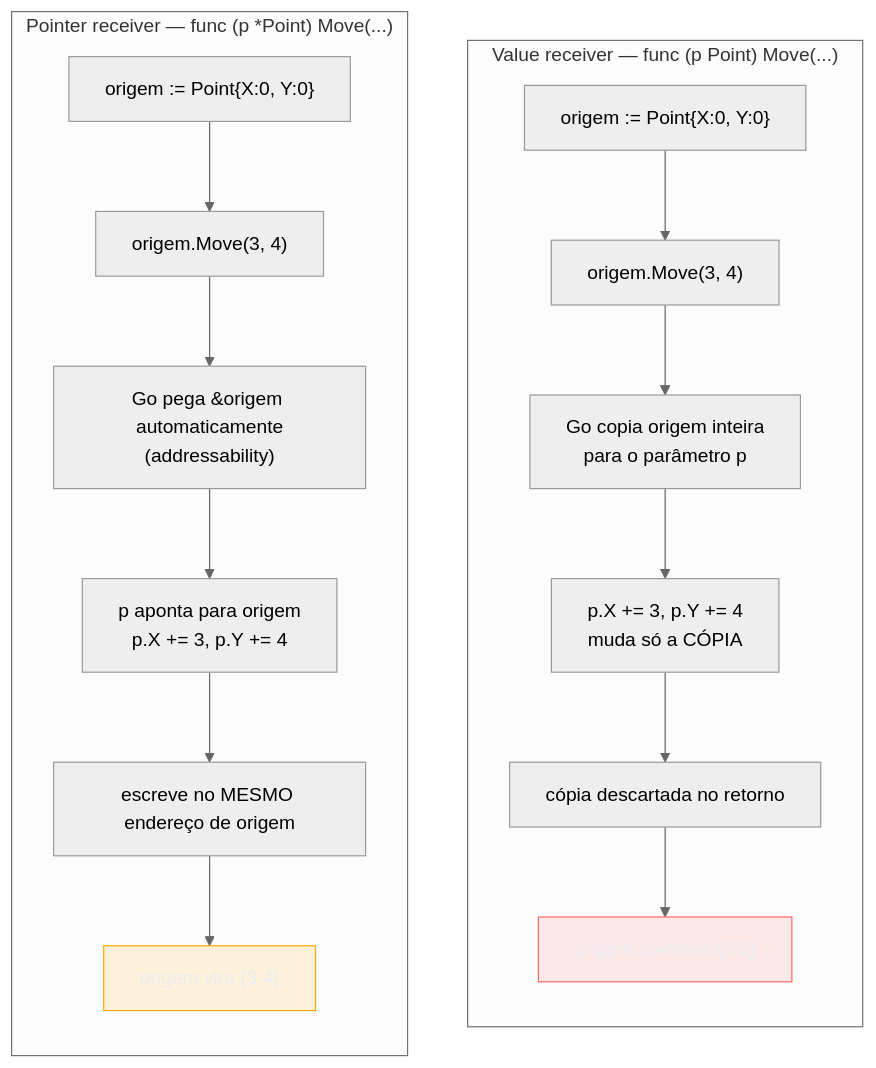
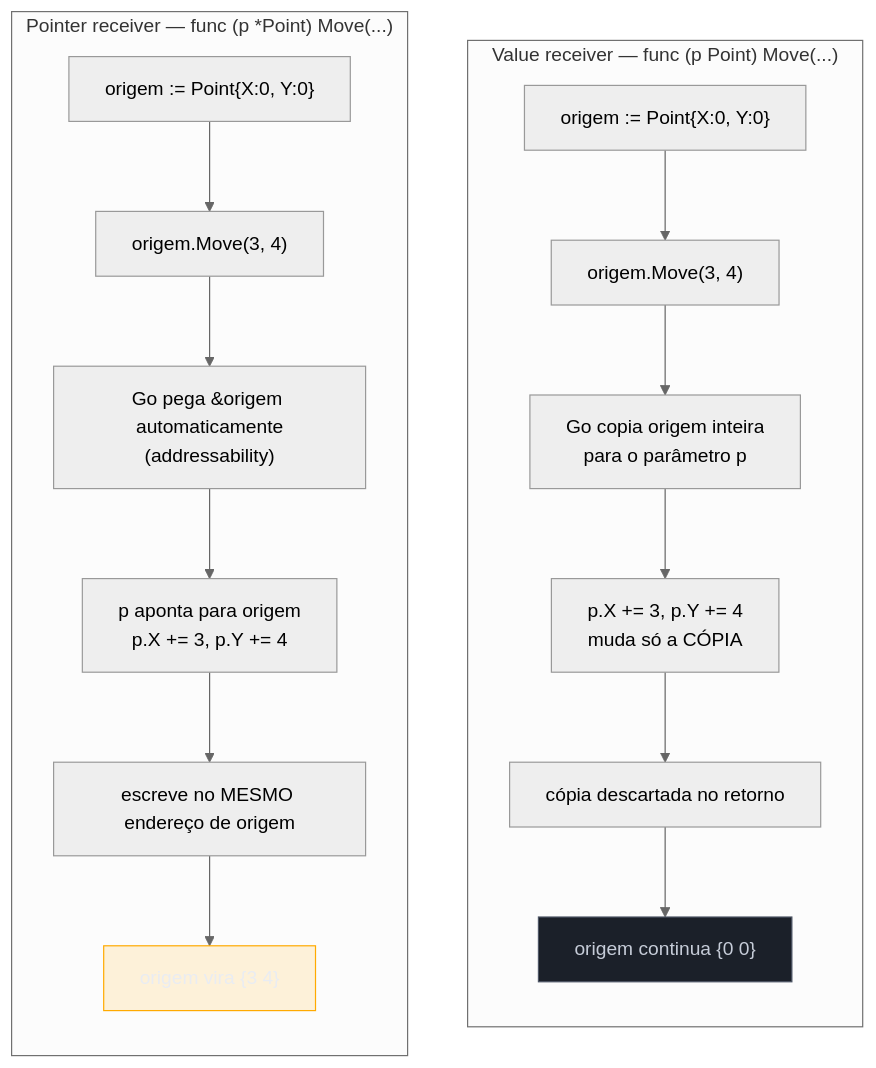
One commit to josenaldo/codex-technomanticus changed the first of 2 diagrams in 03-Dominios/Tecnologia/Go/02 - Tipos, structs e métodos/04 - Value vs pointer receiver.md. Above: the diagram before and after it, drawn with Mermaid (neutral theme). The commit also changed 601 other files, not shown here.

````diff
--- a/03-Dominios/Tecnologia/Go/02 - Tipos, structs e métodos/04 - Value vs pointer receiver.md
+++ b/03-Dominios/Tecnologia/Go/02 - Tipos, structs e métodos/04 - Value vs pointer receiver.md
@@ -67,25 +67,25 @@
 ```mermaid
 flowchart TD
-    classDef falha fill:#FF6B6B24,stroke:#FF6B6B,color:#E9ECF2
+    classDef neutro fill:#1B2029,stroke:#4E5666,color:#C6CCD8
     classDef destaque fill:#FFAA0024,stroke:#FFAA00,color:#E9ECF2
     subgraph Value["Value receiver — func (p Point) Move(...)"]
         direction TB
         V1["origem := Point{X:0, Y:0}"] --> V2["origem.Move(3, 4)"]
         V2 --> V3["Go copia origem inteira\npara o parâmetro p"]
         V3 --> V4["p.X += 3, p.Y += 4\nmuda só a CÓPIA"]
         V4 --> V5["cópia descartada no retorno"]
         V5 --> V6["origem continua {0 0}"]
     end
 
     subgraph Pointer["Pointer receiver — func (p *Point) Move(...)"]
         direction TB
         P1["origem := Point{X:0, Y:0}"] --> P2["origem.Move(3, 4)"]
         P2 --> P3["Go pega &origem automaticamente\n(addressability)"]
         P3 --> P4["p aponta para origem\np.X += 3, p.Y += 4"]
         P4 --> P5["escreve no MESMO endereço de origem"]
         P5 --> P6["origem vira {3 4}"]
     end
 
-    class V6 falha
+    class V6 neutro
     class P6 destaque
 ```
````
